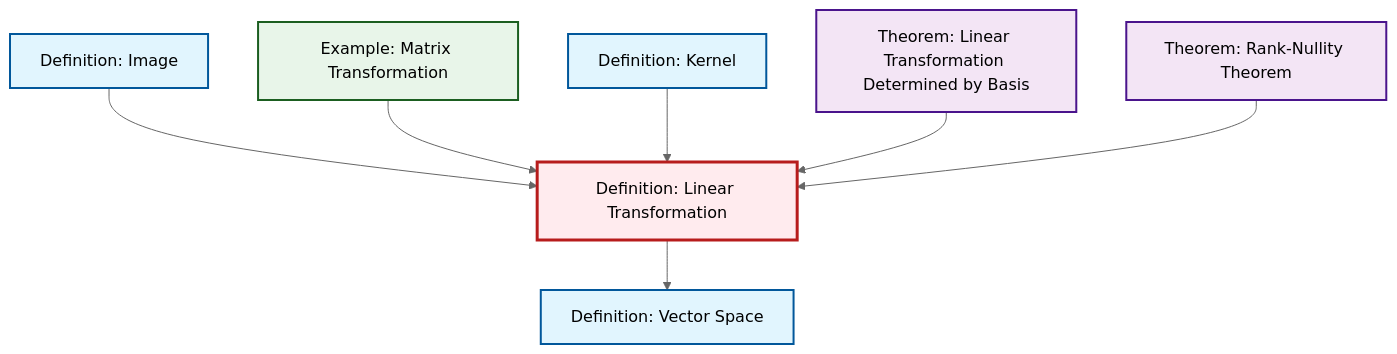
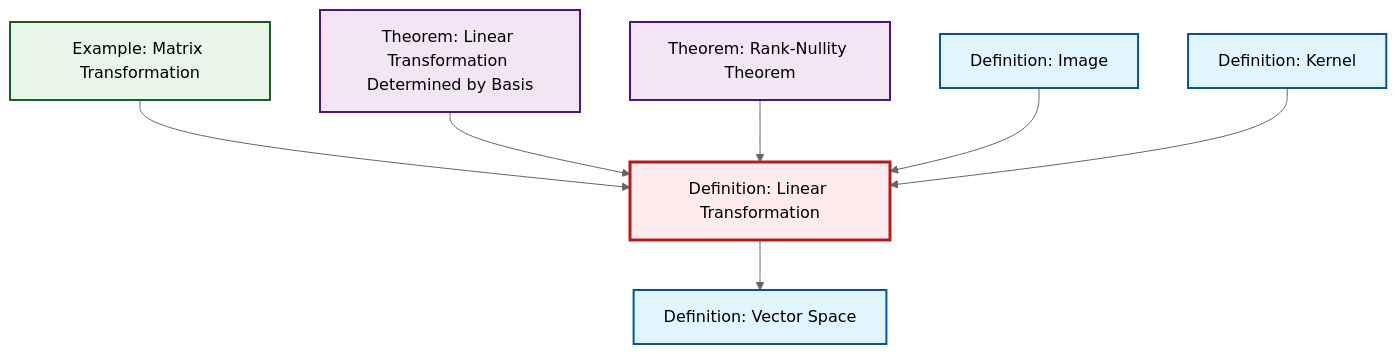
The diagram in content/en/algebra/def-linear-transformation.qmd (RK0429/ModernMath), drawn with Mermaid (neutral theme) before and after one commit. The commit also changed 511 other files, not shown here.

````diff
--- a/content/en/algebra/def-linear-transformation.qmd
+++ b/content/en/algebra/def-linear-transformation.qmd
@@ -45,30 +45,23 @@
 ```{mermaid}
 %%| fig-cap: "Local dependency graph"
 graph TD
     classDef definition fill:#e1f5fe,stroke:#01579b,stroke-width:2px
     classDef theorem fill:#f3e5f5,stroke:#4a148c,stroke-width:2px
     classDef axiom fill:#fff3e0,stroke:#e65100,stroke-width:2px
     classDef example fill:#e8f5e9,stroke:#1b5e20,stroke-width:2px
     classDef current fill:#ffebee,stroke:#b71c1c,stroke-width:3px
-    def-kernel["Definition: Kernel"]:::definition
-    def-linear-transformation["Definition: Linear Transformation"]:::definition
-    thm-linear-transformation-basis["Theorem: Linear Transformation Determined by Basis"]:::theorem
     thm-rank-nullity["Theorem: Rank-Nullity Theorem"]:::theorem
     ex-matrix-transformation["Example: Matrix Transformation"]:::example
+    def-linear-transformation["Definition: Linear Transformation"]:::definition
+    def-image["Definition: Image"]:::definition
+    thm-linear-transformation-basis["Theorem: Linear Transformation Determined by Basis"]:::theorem
+    def-kernel["Definition: Kernel"]:::definition
     def-vector-space["Definition: Vector Space"]:::definition
-    def-image["Definition: Image"]:::definition
-    def-image --> def-linear-transformation
     ex-matrix-transformation --> def-linear-transformation
-    def-kernel --> def-linear-transformation
     thm-linear-transformation-basis --> def-linear-transformation
     thm-rank-nullity --> def-linear-transformation
+    def-image --> def-linear-transformation
+    def-kernel --> def-linear-transformation
     def-linear-transformation --> def-vector-space
     class def-linear-transformation current
-
-    click def-kernel "def-kernel.html" "Go to Kernel definition"
-    click thm-linear-transformation-basis "thm-linear-transformation-basis.html" "Go to Linear Transformation Determined by Basis theorem"
-    click thm-rank-nullity "thm-rank-nullity.html" "Go to Rank-Nullity Theorem theorem"
-    click ex-matrix-transformation "ex-matrix-transformation.html" "Go to Matrix Transformation example"
-    click def-vector-space "def-vector-space.html" "Go to Vector Space definition"
-    click def-image "def-image.html" "Go to Image definition"
 ```
````
